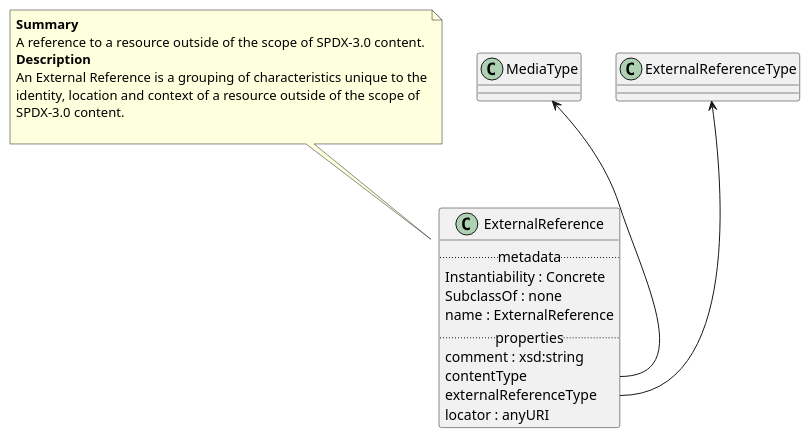
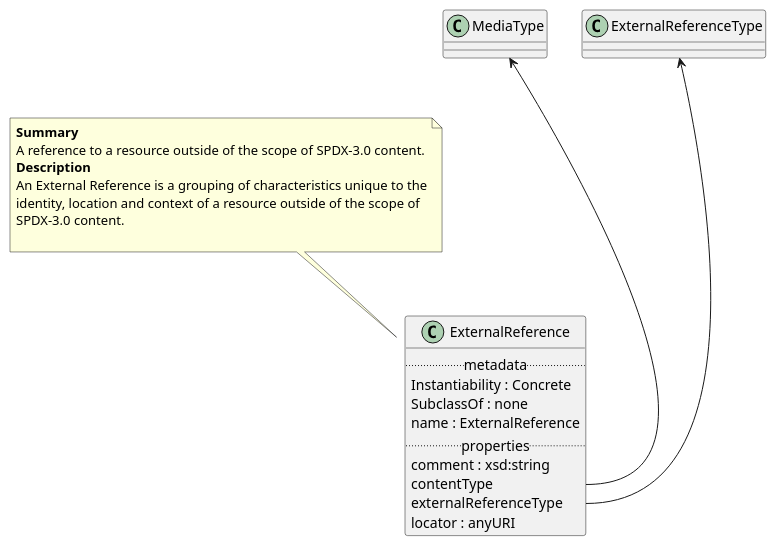
Before and after one commit to maxhbr/spec-parser.hs: the diagram in Classes/ExternalReference.puml, drawn with PlantUML. The commit also changed 61 other files, not shown here.

```diff
--- a/Classes/ExternalReference.puml
+++ b/Classes/ExternalReference.puml
@@ -1,24 +1,24 @@
 @startuml
 class ExternalReference {
 .. metadata ..
     Instantiability : Concrete
     SubclassOf : none
     name : ExternalReference
 .. properties ..
     comment : xsd:string
     contentType
     externalReferenceType
     locator : anyURI
 }
 note top of ExternalReference
 <b>Summary</b>
 A reference to a resource outside of the scope of SPDX-3.0 content.
 <b>Description</b>
 An External Reference is a grouping of characteristics unique to the
 identity, location and context of a resource outside of the scope of
 SPDX-3.0 content.
 
 end note
-"MediaType" <-- "ExternalReference::contentType"
-"ExternalReferenceType" <-- "ExternalReference::externalReferenceType"
+"MediaType" <--- "ExternalReference::contentType"
+"ExternalReferenceType" <--- "ExternalReference::externalReferenceType"
 @enduml
```
